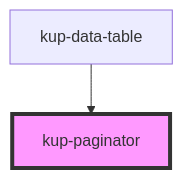
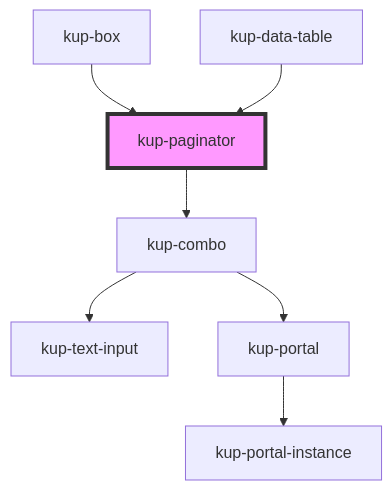
One commit to smeup/ketchup changed the diagram in packages/ketchup/src/components/kup-paginator/readme.md. Above: the diagram before and after it, drawn with Mermaid. The commit also changed other lines of this file and 21 other files, not shown here.

````diff
--- a/packages/ketchup/src/components/kup-paginator/readme.md
+++ b/packages/ketchup/src/components/kup-paginator/readme.md
@@ -41,5 +47,10 @@
 ```mermaid
 graph TD;
+  kup-paginator --> kup-combo
+  kup-combo --> kup-text-input
+  kup-combo --> kup-portal
+  kup-portal --> kup-portal-instance
+  kup-box --> kup-paginator
   kup-data-table --> kup-paginator
   style kup-paginator fill:#f9f,stroke:#333,stroke-width:4px
 ```
````
